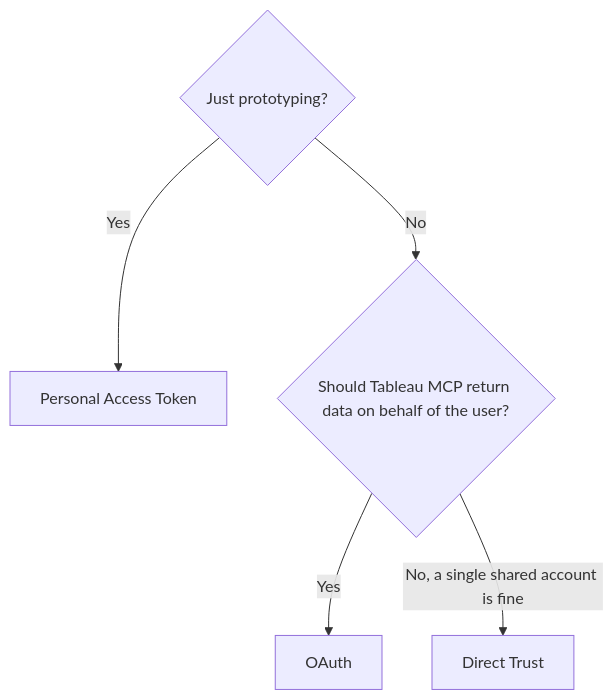
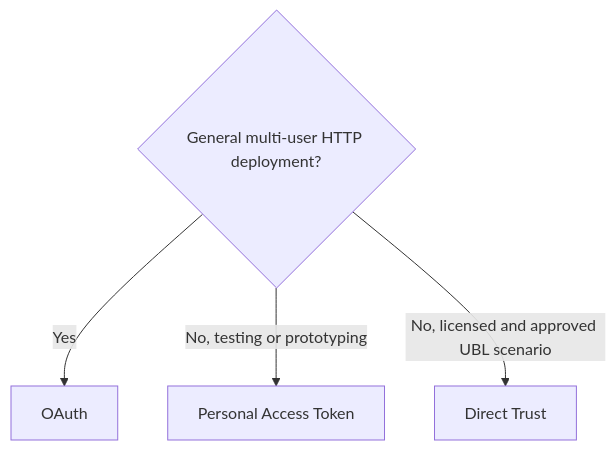
The second of 2 diagrams in docs/docs/enterprise/tableau-server.md (tableau/tableau-mcp), drawn with Mermaid before and after one commit. The commit also changed other lines of this file and 4 other files, not shown here.

First line of the commit message:
@W-22437612: Clarify non-OAuth HTTP guidance for Tableau MCP deployments (#343)

````diff
--- a/docs/docs/enterprise/tableau-server.md
+++ b/docs/docs/enterprise/tableau-server.md
@@ -112,8 +112,7 @@
 ```mermaid
 flowchart TD
-    B{Just prototyping?}
-    B -- Yes --> C[Personal Access Token]
-    B -- No --> D{Should Tableau MCP return data on behalf of the user?}
-    D -- Yes --> E[OAuth]
-    D -- No, a single shared account is fine --> F[Direct Trust]
+    B{General multi-user HTTP deployment?}
+    B -- Yes --> C[OAuth]
+    B -- No, testing or prototyping --> D[Personal Access Token]
+    B -- No, licensed and approved UBL scenario --> E[Direct Trust]
 ```
````
